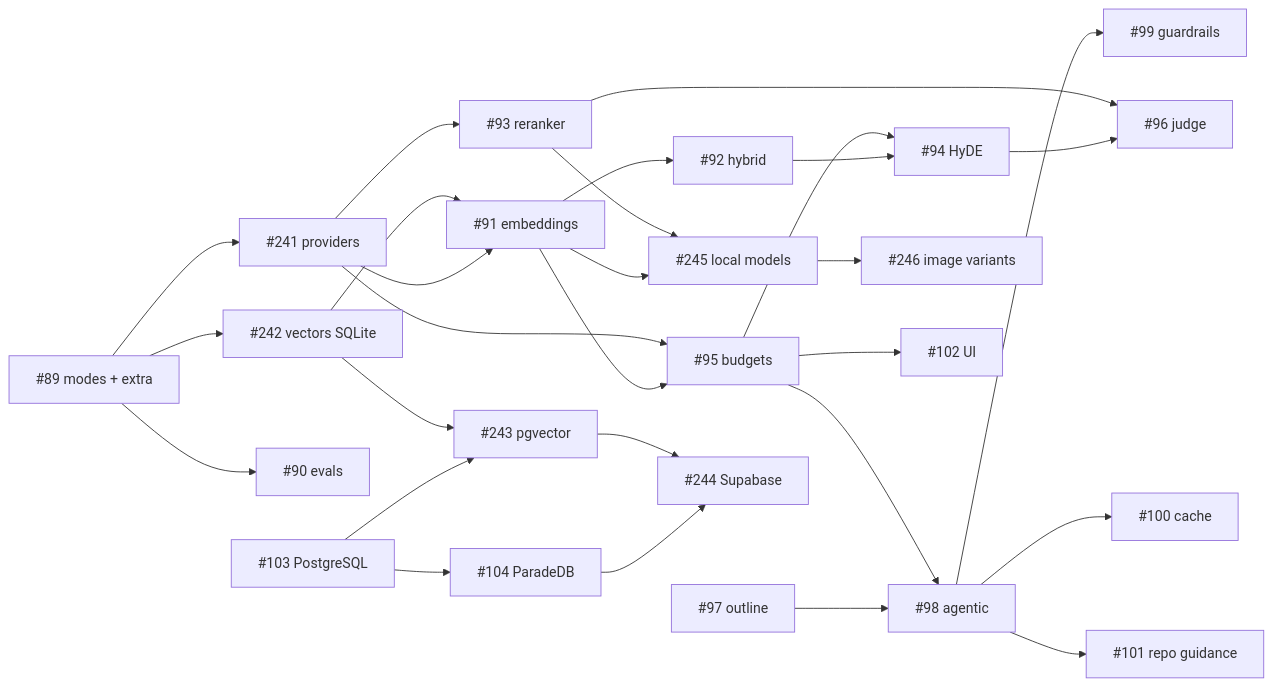
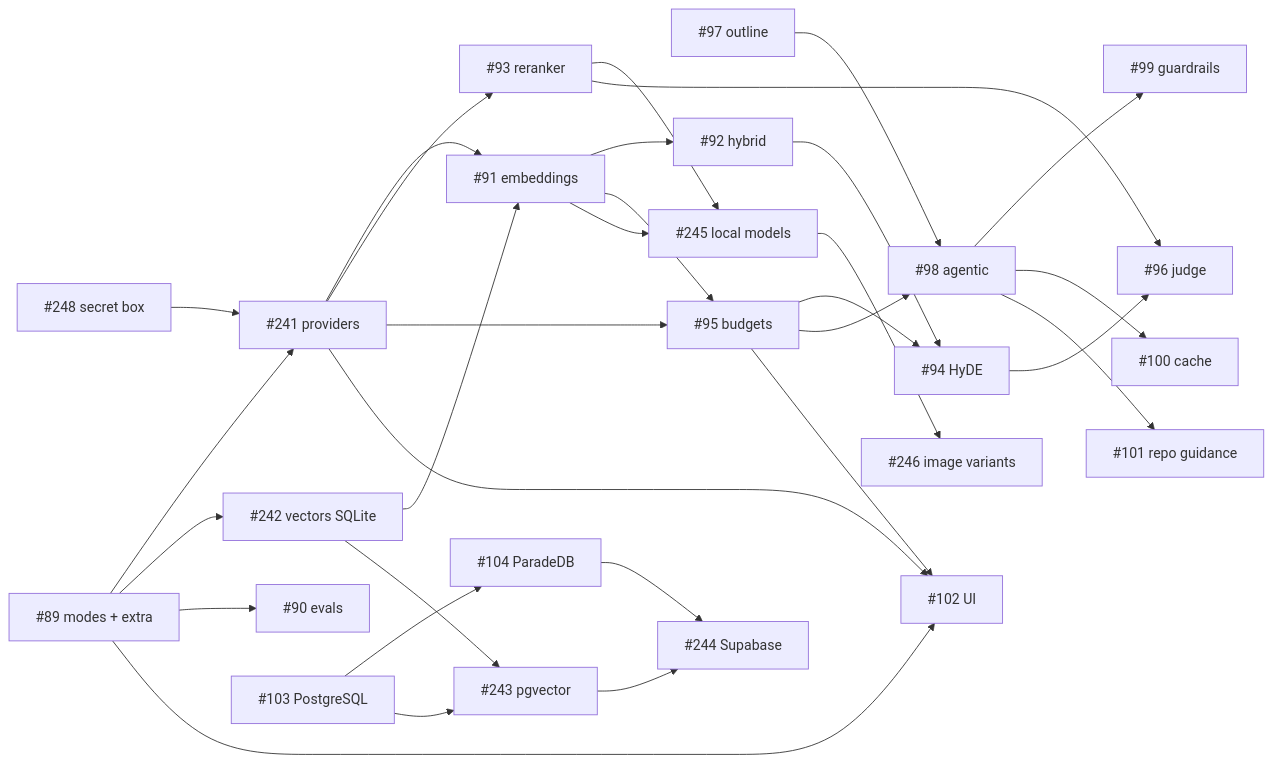
One commit to SirCypkowskyy/ExactDocs changed the diagram in docs/decisions/ai-retrieval.md. Above: the diagram before and after it, drawn with Mermaid. The commit also changed other lines of this file and 3 other files, not shown here.

````diff
--- a/docs/decisions/ai-retrieval.md
+++ b/docs/decisions/ai-retrieval.md
@@ -366,30 +409,33 @@
 ```mermaid
 flowchart LR
     i89["#89 modes + extra"] --> i241["#241 providers"]
     i89 --> i242["#242 vectors SQLite"]
     i89 --> i90["#90 evals"]
     i97["#97 outline"] --> i98
     i103["#103 PostgreSQL"] --> i104["#104 ParadeDB"]
     i103 --> i243
     i241 --> i91["#91 embeddings"]
     i242 --> i91
     i242 --> i243["#243 pgvector"]
     i241 --> i93["#93 reranker"]
     i91 --> i92["#92 hybrid"]
     i91 --> i95["#95 budgets"]
     i241 --> i95
     i91 --> i245["#245 local models"]
     i93 --> i245
     i104 --> i244["#244 Supabase"]
     i243 --> i244
     i92 --> i94["#94 HyDE"]
     i95 --> i94
     i95 --> i98["#98 agentic"]
     i245 --> i246["#246 image variants"]
     i94 --> i96["#96 judge"]
     i93 --> i96
     i98 --> i99["#99 guardrails"]
     i98 --> i100["#100 cache"]
     i98 --> i101["#101 repo guidance"]
     i95 --> i102["#102 UI"]
+    i89 --> i102
+    i241 --> i102
+    i248["#248 secret box"] --> i241
 ```
````
